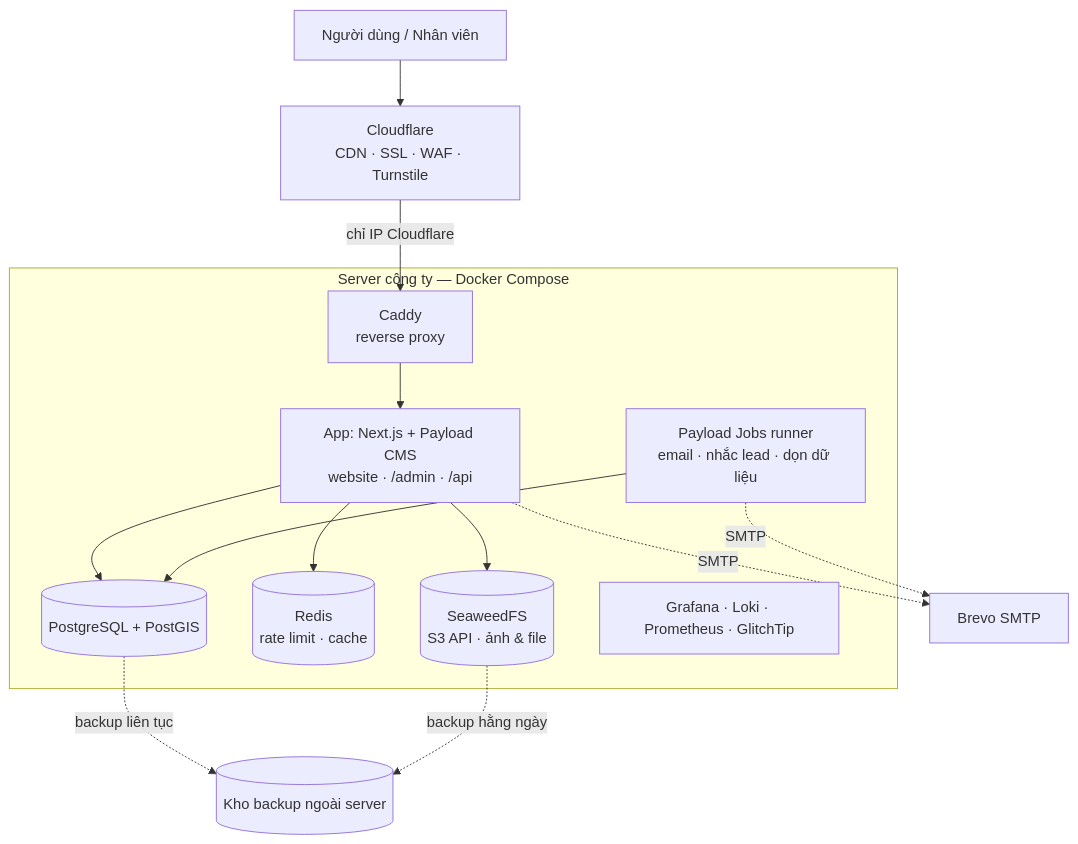
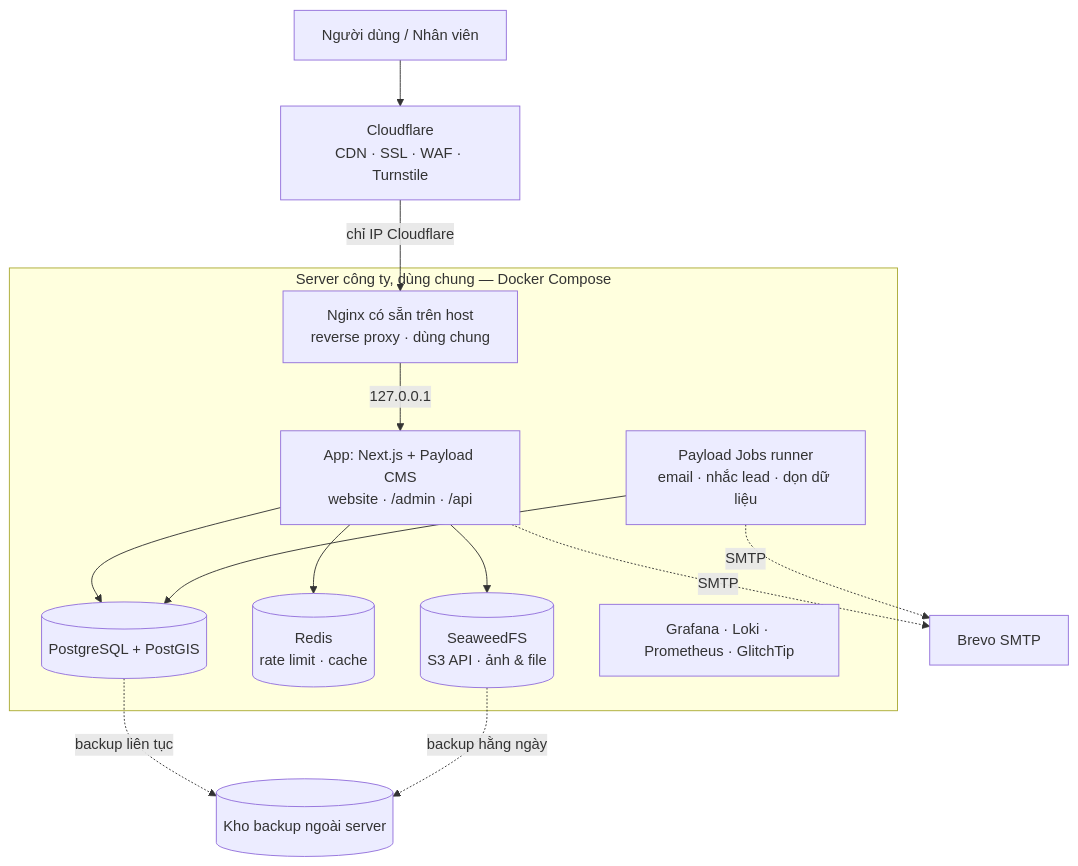
The first of 3 diagrams in docs/ARCHITECTURE.md (DatDangg/bds-tami), drawn with Mermaid before and after one commit. The commit also changed other lines of this file and 10 other files, not shown here.

````diff
--- a/docs/ARCHITECTURE.md
+++ b/docs/ARCHITECTURE.md
@@ -20,19 +20,19 @@
 ```mermaid
 flowchart TB
   U[Người dùng / Nhân viên] --> CF[Cloudflare<br/>CDN · SSL · WAF · Turnstile]
-  CF -->|chỉ IP Cloudflare| CAD[Caddy<br/>reverse proxy]
+  CF -->|chỉ IP Cloudflare| NGX[Nginx có sẵn trên host<br/>reverse proxy · dùng chung]
 
-  subgraph SERVER[Server công ty — Docker Compose]
-    CAD --> APP[App: Next.js + Payload CMS<br/>website · /admin · /api]
+  subgraph SERVER[Server công ty, dùng chung — Docker Compose]
+    NGX -->|127.0.0.1| APP[App: Next.js + Payload CMS<br/>website · /admin · /api]
     APP --> PG[(PostgreSQL + PostGIS)]
     APP --> RD[(Redis<br/>rate limit · cache)]
     APP --> S3[(SeaweedFS<br/>S3 API · ảnh & file)]
     JOB[Payload Jobs runner<br/>email · nhắc lead · dọn dữ liệu] --> PG
     MON[Grafana · Loki · Prometheus · GlitchTip]
   end
 
   APP -. SMTP .-> MAIL[Brevo SMTP]
   JOB -. SMTP .-> MAIL
   PG -. backup liên tục .-> BK[(Kho backup ngoài server)]
   S3 -. backup hằng ngày .-> BK
 ```
````
